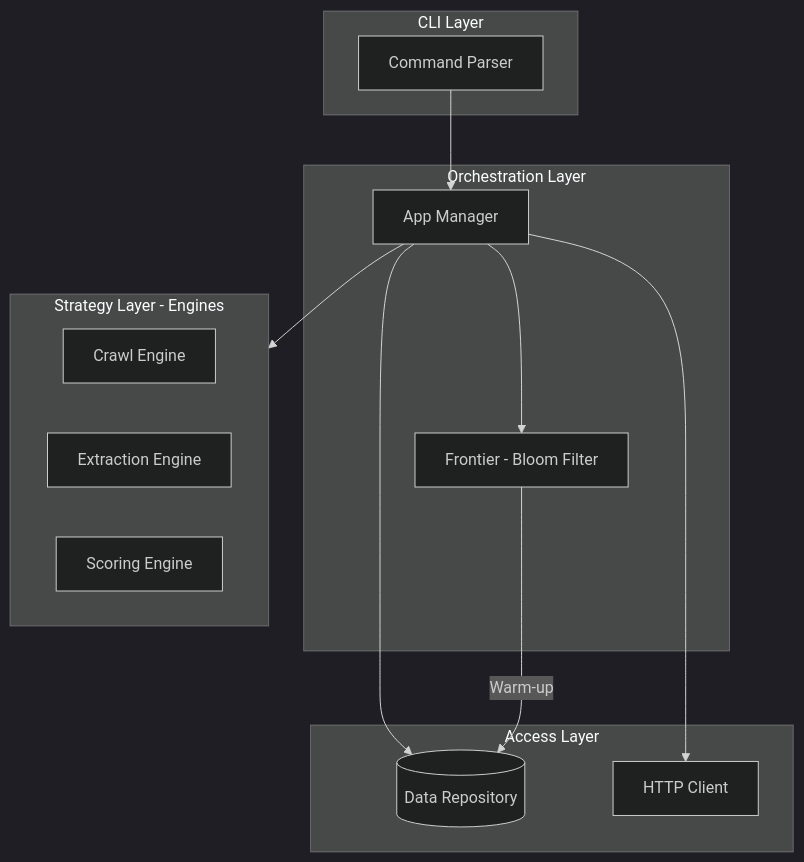
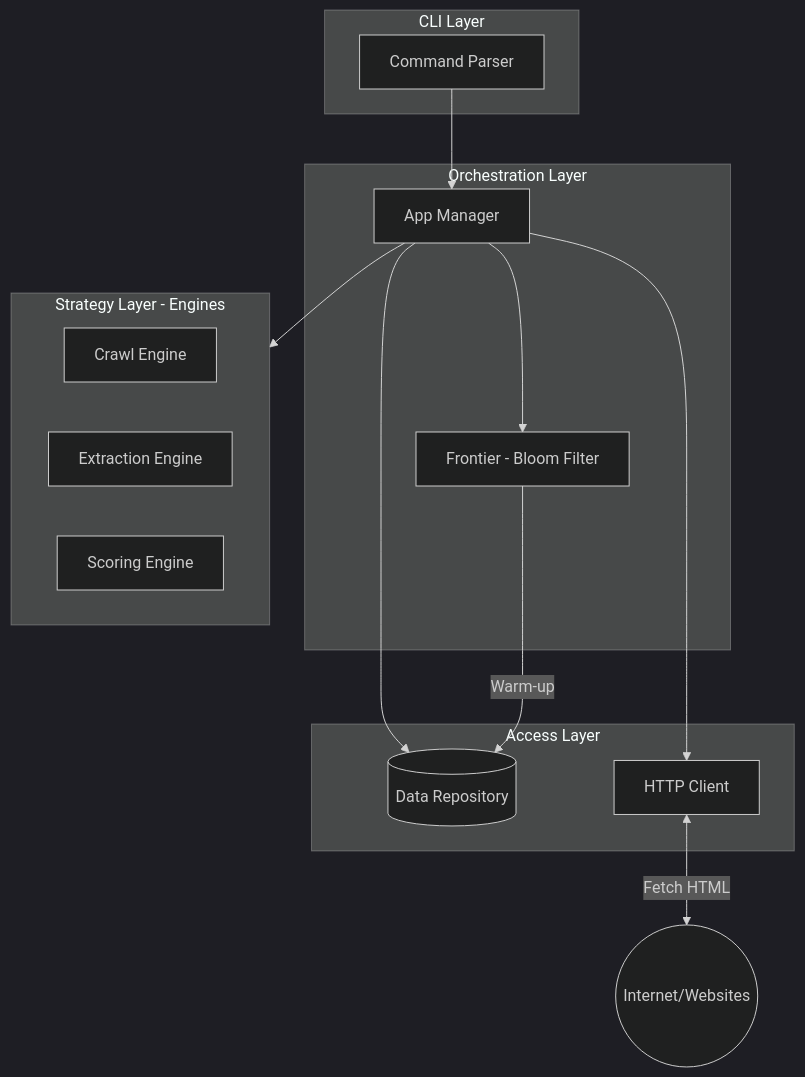
The first of 2 diagrams in projects/02_web_crawler/README.md (paulpeters144/system-design), drawn with Mermaid (dark theme) before and after one commit.

Commit message:
docs(web-crawler): update architecture diagram to show internet connection

````diff
--- a/projects/02_web_crawler/README.md
+++ b/projects/02_web_crawler/README.md
@@ -24,30 +24,33 @@
 ```mermaid
 graph TD
     subgraph L1 [CLI Layer]
         C[Command Parser]
     end
 
     subgraph L2 [Orchestration Layer]
         M[App Manager]
         F[Frontier - Bloom Filter]
     end
 
     subgraph L3 [Strategy Layer - Engines]
         direction LR
         CE[Crawl Engine]
         EE[Extraction Engine]
         SE[Scoring Engine]
     end
 
     subgraph L4 [Access Layer]
         R[(Data Repository)]
         H[HTTP Client]
     end
 
+    W((Internet/Websites))
+
     C --> M
     M --> L3
     M --> F
     M --> R
     M --> H
+    H <-->|Fetch HTML| W
     F -- Warm-up --> R
 ```
````
